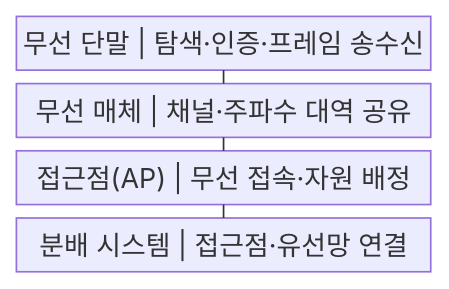
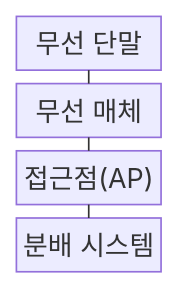
Before and after one commit to agnusdei1207/knowledge-base: the first of 2 diagrams in src/content/docs/notes/04-network/032_wi_fi_standards.md, drawn with Mermaid. The commit also changed 122 other files, not shown here.

````diff
--- a/src/content/docs/notes/04-network/032_wi_fi_standards.md
+++ b/src/content/docs/notes/04-network/032_wi_fi_standards.md
@@ -51,11 +51,11 @@
 ```mermaid
-block
+block-beta
     columns 1
-    A["무선 단말 | 탐색·인증·프레임 송수신"]
-    B["무선 매체 | 채널·주파수 대역 공유"]
-    C["접근점(AP) | 무선 접속·자원 배정"]
-    D["분배 시스템 | 접근점·유선망 연결"]
+    A["무선 단말"]
+    B["무선 매체"]
+    C["접근점(AP)"]
+    D["분배 시스템"]
     A --- B
     B --- C
     C --- D
 ```
````
